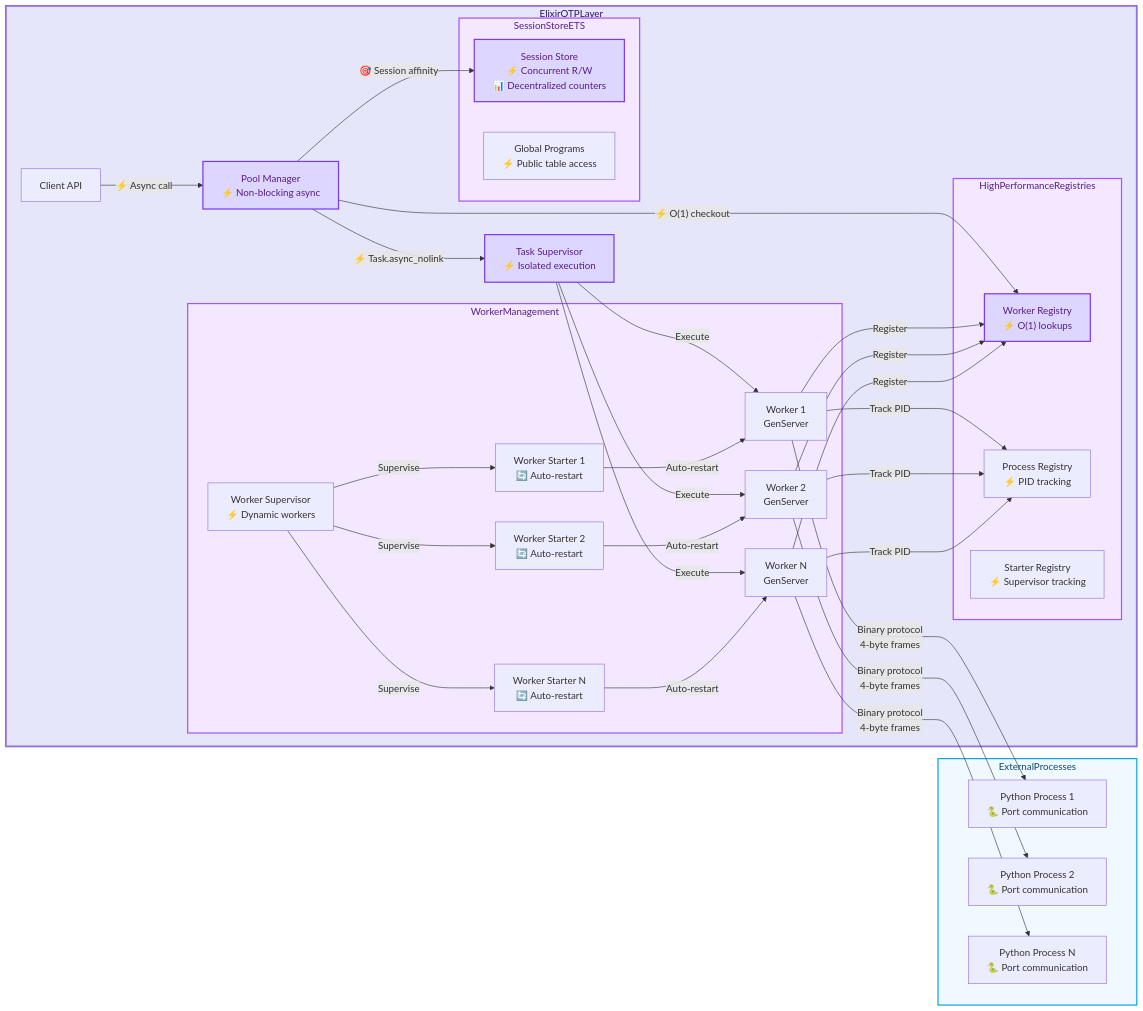
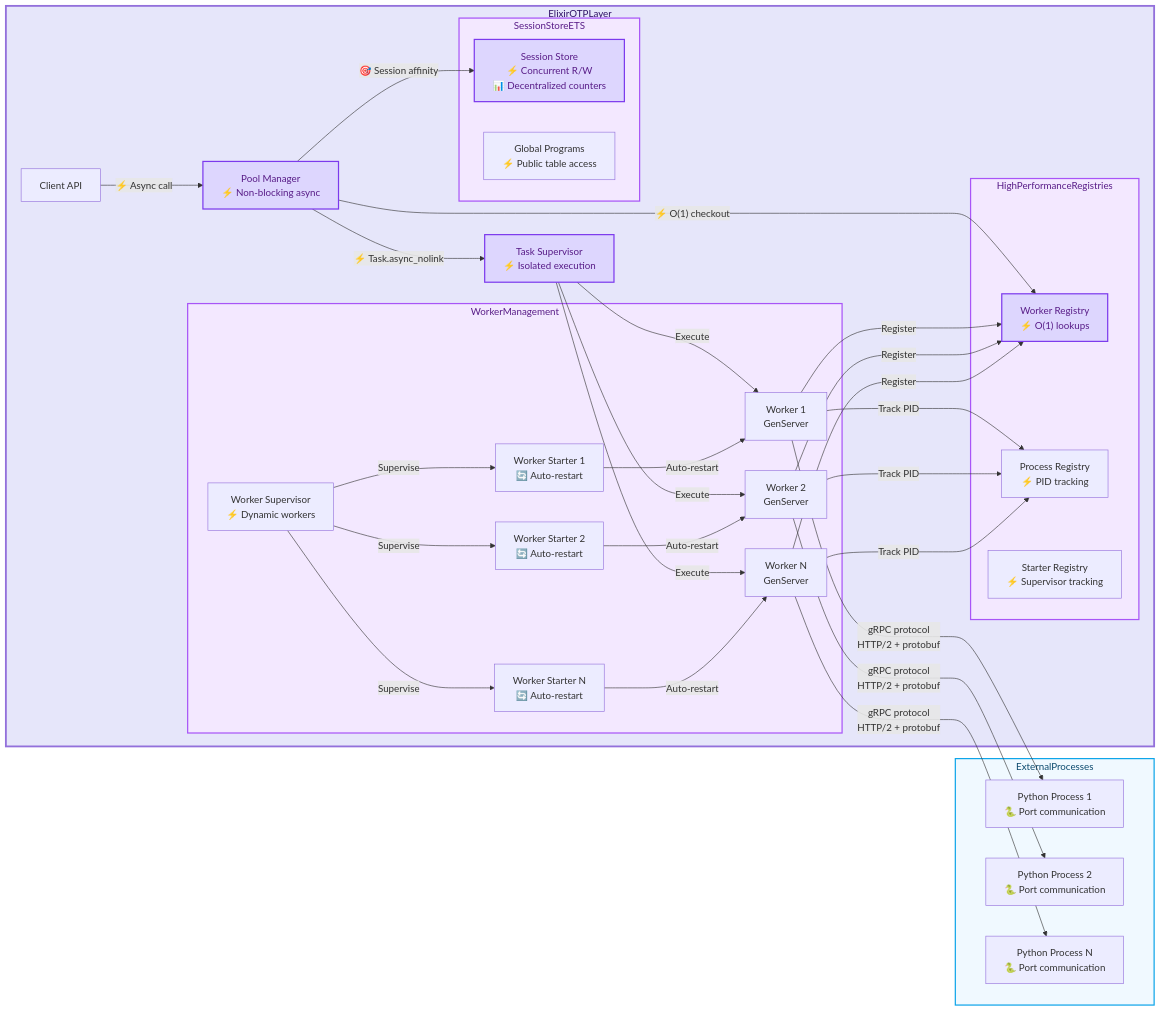
The first of 7 diagrams in DIAGS.md (nshkrdotcom/snakepit), drawn with Mermaid before and after one commit. The commit also changed other lines of this file and 7 other files, not shown here.

````diff
--- a/DIAGS.md
+++ b/DIAGS.md
@@ -3,78 +17,78 @@
 ```mermaid
 graph LR
     ElixirOTPLayer["Elixir OTP Layer"]
     subgraph ElixirOTPLayer
         Client["Client API"]
         Pool["Pool Manager<br/>⚡ Non-blocking async"]
         TaskSup["Task Supervisor<br/>⚡ Isolated execution"]
         
         WorkerManagement["Worker Management"]
         subgraph WorkerManagement
             WorkerSup["Worker Supervisor<br/>⚡ Dynamic workers"]
             Starter1["Worker Starter 1<br/>🔄 Auto-restart"]
             Starter2["Worker Starter 2<br/>🔄 Auto-restart"]
             StarterN["Worker Starter N<br/>🔄 Auto-restart"]
             Worker1["Worker 1<br/>GenServer"]
             Worker2["Worker 2<br/>GenServer"]
             WorkerN["Worker N<br/>GenServer"]
         end
         
         HighPerformanceRegistries["High Performance Registries"]
         subgraph HighPerformanceRegistries
             Registry["Worker Registry<br/>⚡ O(1) lookups"]
             ProcReg["Process Registry<br/>⚡ PID tracking"]
             StarterReg["Starter Registry<br/>⚡ Supervisor tracking"]
         end
         
         SessionStoreETS["Session Store ETS"]
         subgraph SessionStoreETS
             SessionStore["Session Store<br/>⚡ Concurrent R/W<br/>📊 Decentralized counters"]
             GlobalPrograms["Global Programs<br/>⚡ Public table access"]
         end
     end
     
     ExternalProcesses["External Processes"]
     subgraph ExternalProcesses
         Python1["Python Process 1<br/>🐍 Port communication"]
         Python2["Python Process 2<br/>🐍 Port communication"]
         PythonN["Python Process N<br/>🐍 Port communication"]
     end
     
     Client -->|"⚡ Async call"| Pool
     Pool -->|"⚡ O(1) checkout"| Registry
     Pool -->|"🎯 Session affinity"| SessionStore
     Pool -->|"⚡ Task.async_nolink"| TaskSup
     TaskSup -->|Execute| Worker1
     TaskSup -->|Execute| Worker2
     TaskSup -->|Execute| WorkerN
     
     WorkerSup -->|Supervise| Starter1
     WorkerSup -->|Supervise| Starter2
     WorkerSup -->|Supervise| StarterN
     
     Starter1 -->|Auto-restart| Worker1
     Starter2 -->|Auto-restart| Worker2
     StarterN -->|Auto-restart| WorkerN
     
-    Worker1 -->|Binary protocol<br/>4-byte frames| Python1
-    Worker2 -->|Binary protocol<br/>4-byte frames| Python2
-    WorkerN -->|Binary protocol<br/>4-byte frames| PythonN
+    Worker1 -->|gRPC protocol<br/>HTTP/2 + protobuf| Python1
+    Worker2 -->|gRPC protocol<br/>HTTP/2 + protobuf| Python2
+    WorkerN -->|gRPC protocol<br/>HTTP/2 + protobuf| PythonN
     
     Worker1 -->|Register| Registry
     Worker2 -->|Register| Registry
     WorkerN -->|Register| Registry
     
     Worker1 -->|Track PID| ProcReg
     Worker2 -->|Track PID| ProcReg
     WorkerN -->|Track PID| ProcReg
     
     style ElixirOTPLayer fill:#e6e6fa,stroke:#9370db,stroke-width:3px,color:#2e1065
     style WorkerManagement fill:#f3e8ff,stroke:#a855f7,stroke-width:2px,color:#581c87
     style HighPerformanceRegistries fill:#f3e8ff,stroke:#a855f7,stroke-width:2px,color:#581c87
     style SessionStoreETS fill:#f3e8ff,stroke:#a855f7,stroke-width:2px,color:#581c87
     style ExternalProcesses fill:#f0f9ff,stroke:#0ea5e9,stroke-width:2px,color:#0c4a6e
     style Pool fill:#ddd6fe,stroke:#7c3aed,stroke-width:2px,color:#581c87
     style SessionStore fill:#ddd6fe,stroke:#7c3aed,stroke-width:2px,color:#581c87
     style Registry fill:#ddd6fe,stroke:#7c3aed,stroke-width:2px,color:#581c87
     style TaskSup fill:#ddd6fe,stroke:#7c3aed,stroke-width:2px,color:#581c87
 ```
````
